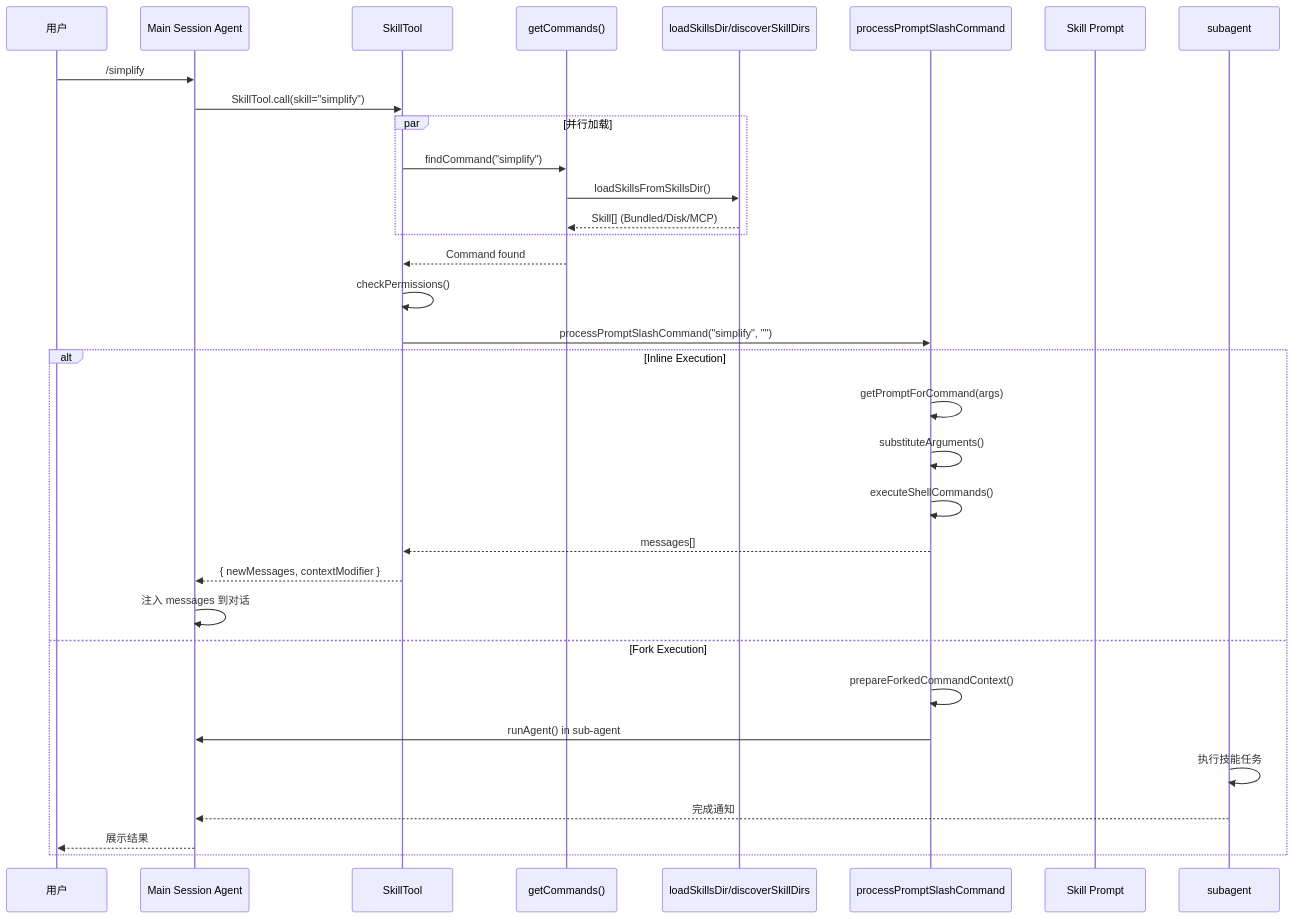
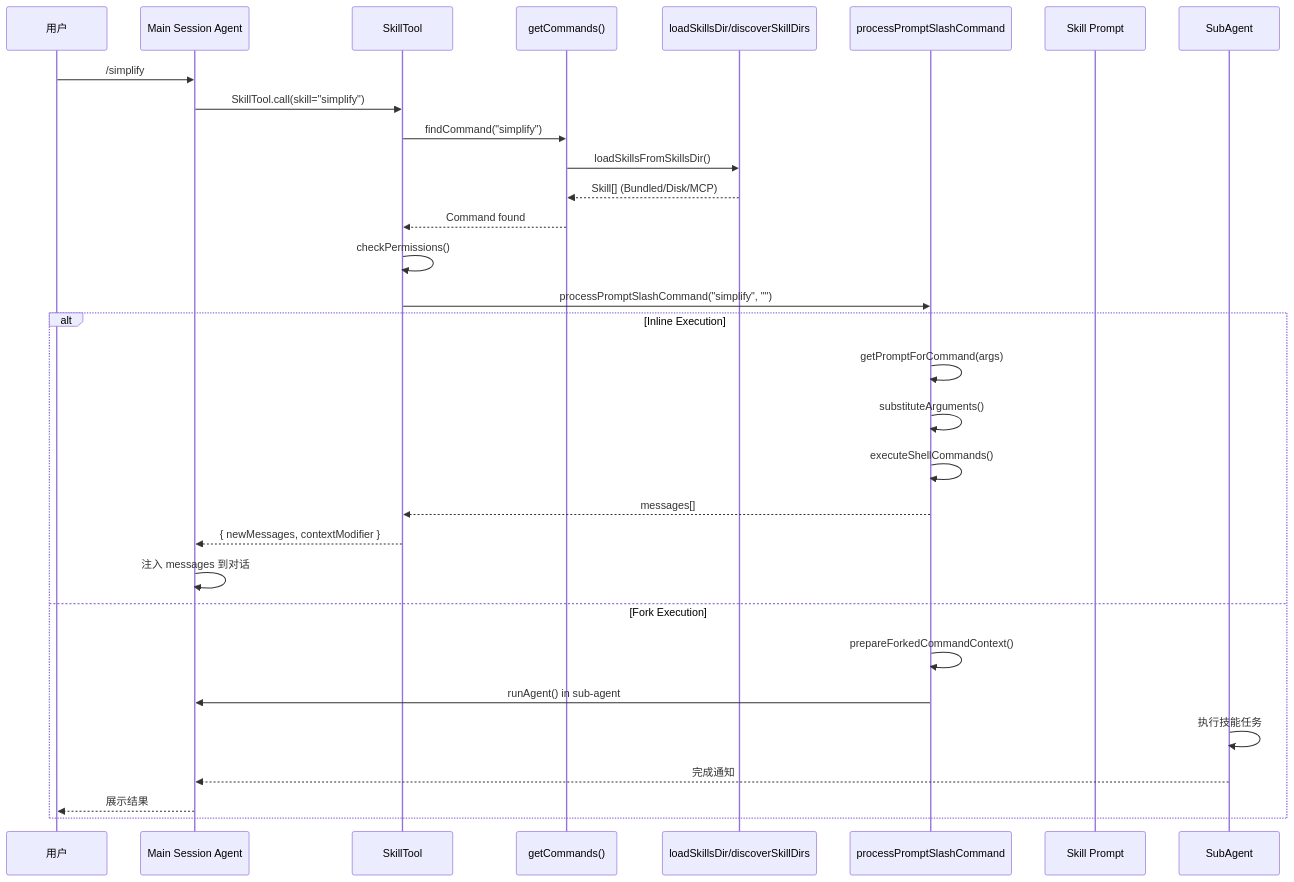
The second of 2 diagrams in claude-code/docs/deep/SKILL-SYSTEM.md (platootalp/harness-code), drawn with Mermaid before and after one commit. The commit also changed other lines of this file and 58 other files, not shown here.

````diff
--- a/claude-code/docs/deep/SKILL-SYSTEM.md
+++ b/claude-code/docs/deep/SKILL-SYSTEM.md
@@ -594,39 +603,38 @@
 ```mermaid
 sequenceDiagram
     participant User as 用户
     participant Agent as Main Session Agent
     participant SkillTool as SkillTool
     participant Commands as getCommands()
     participant Loader as loadSkillsDir/discoverSkillDirs
     participant Process as processPromptSlashCommand
     participant Skill as Skill Prompt
+    participant SubAgent as SubAgent
 
     User->>Agent: /simplify
     Agent->>SkillTool: SkillTool.call(skill="simplify")
 
-    par 并行加载
-        SkillTool->>Commands: findCommand("simplify")
-        Commands->>Loader: loadSkillsFromSkillsDir()
-        Loader-->>Commands: Skill[] (Bundled/Disk/MCP)
-    end
+    SkillTool->>Commands: findCommand("simplify")
+    Commands->>Loader: loadSkillsFromSkillsDir()
+    Loader-->>Commands: Skill[] (Bundled/Disk/MCP)
 
     Commands-->>SkillTool: Command found
     SkillTool->>SkillTool: checkPermissions()
     SkillTool->>Process: processPromptSlashCommand("simplify", "")
 
     alt Inline Execution
         Process->>Process: getPromptForCommand(args)
         Process->>Process: substituteArguments()
         Process->>Process: executeShellCommands()
         Process-->>SkillTool: messages[]
         SkillTool-->>Agent: { newMessages, contextModifier }
         Agent->>Agent: 注入 messages 到对话
 
     else Fork Execution
         Process->>Process: prepareForkedCommandContext()
         Process->>Agent: runAgent() in sub-agent
-        subagent->>subagent: 执行技能任务
-        subagent-->>Agent: 完成通知
+        SubAgent->>SubAgent: 执行技能任务
+        SubAgent-->>Agent: 完成通知
         Agent-->>User: 展示结果
     end
 ```
````
